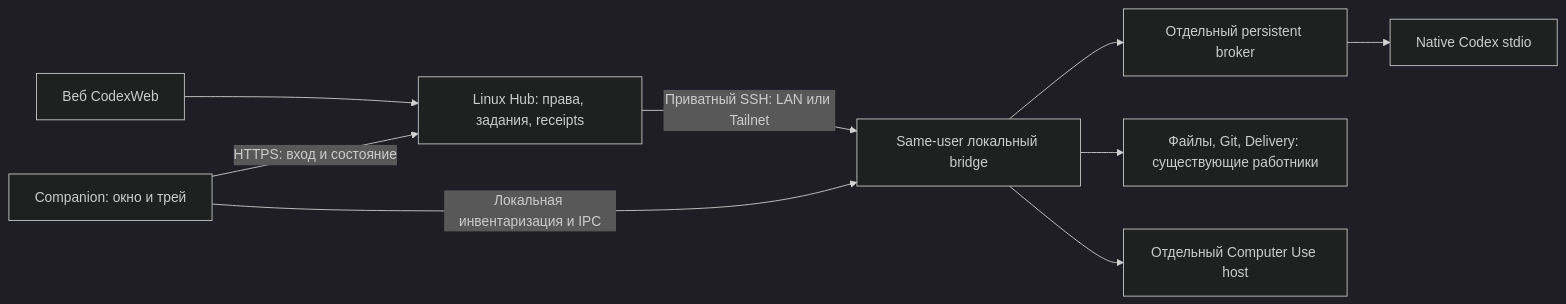
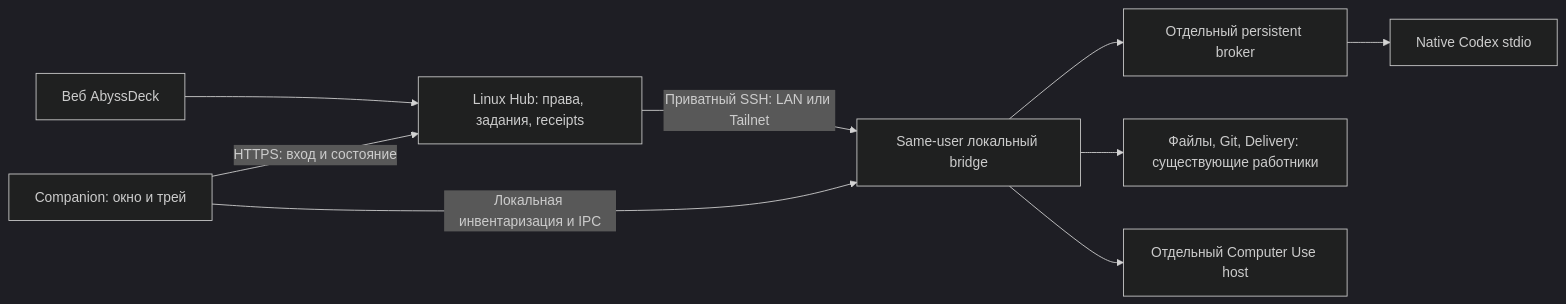
Before and after one commit to EriArk/abyssdeck: the diagram in docs/COMPANION_APP.md, drawn with Mermaid (dark theme). The commit also changed other lines of this file and 67 other files, not shown here.

Commit message:
Rename product and repository to AbyssDeck with compatible installation identity

````diff
--- a/docs/COMPANION_APP.md
+++ b/docs/COMPANION_APP.md
@@ -88,11 +88,11 @@
 ```mermaid
 flowchart LR
-  Web[Веб CodexWeb] --> Hub[Linux Hub: права, задания, receipts]
+  Web[Веб AbyssDeck] --> Hub[Linux Hub: права, задания, receipts]
   Tray[Companion: окно и трей] -->|HTTPS: вход и состояние| Hub
   Hub -->|Приватный SSH: LAN или Tailnet| Bridge[Same-user локальный bridge]
   Tray -->|Локальная инвентаризация и IPC| Bridge
   Bridge --> Broker[Отдельный persistent broker]
   Broker --> Codex[Native Codex stdio]
   Bridge --> Helpers[Файлы, Git, Delivery: существующие работники]
   Bridge --> GUI[Отдельный Computer Use host]
 ```
````
